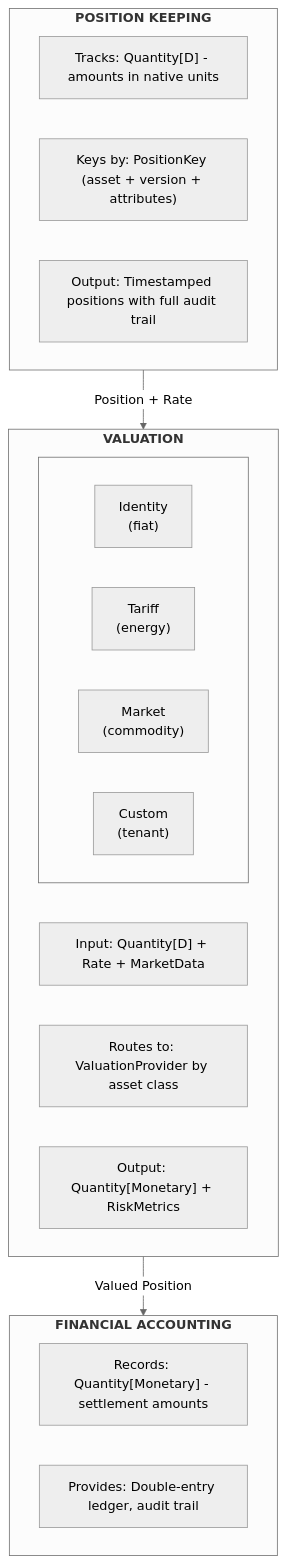
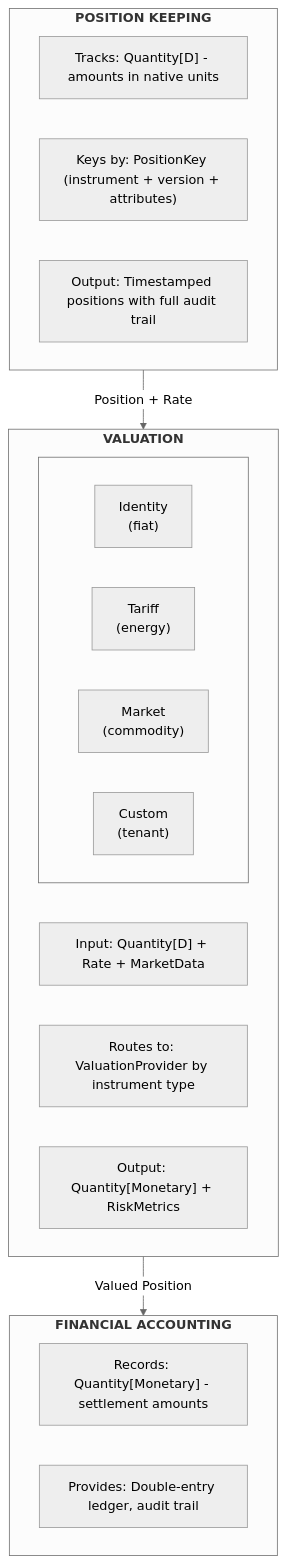
One commit to meridianhub/meridian changed the third of 3 diagrams in docs/adr/0013-generic-asset-quantity-types.md. Above: the diagram before and after it, drawn with Mermaid (neutral theme). The commit also changed other lines of this file and 3 other files, not shown here.

````diff
--- a/docs/adr/0013-generic-asset-quantity-types.md
+++ b/docs/adr/0013-generic-asset-quantity-types.md
@@ -241,30 +269,30 @@
 ```mermaid
 flowchart TB
     subgraph PK["<b>POSITION KEEPING</b>"]
         PK1["Tracks: Quantity[D] - amounts in native units"]
-        PK2["Keys by: PositionKey (asset + version + attributes)"]
+        PK2["Keys by: PositionKey (instrument + version + attributes)"]
         PK3["Output: Timestamped positions with full audit trail"]
     end
 
     subgraph VAL["<b>VALUATION</b>"]
         VAL1["Input: Quantity[D] + Rate + MarketData"]
-        VAL2["Routes to: ValuationProvider by asset class"]
+        VAL2["Routes to: ValuationProvider by instrument type"]
         VAL3["Output: Quantity[Monetary] + RiskMetrics"]
 
         subgraph Providers[" "]
             direction LR
             P1["Identity<br/>(fiat)"]
             P2["Tariff<br/>(energy)"]
             P3["Market<br/>(commodity)"]
             P4["Custom<br/>(tenant)"]
         end
     end
 
     subgraph FA["<b>FINANCIAL ACCOUNTING</b>"]
         FA1["Records: Quantity[Monetary] - settlement amounts"]
         FA2["Provides: Double-entry ledger, audit trail"]
     end
 
     PK -->|"Position + Rate"| VAL
     VAL -->|"Valued Position"| FA
 ```
````
